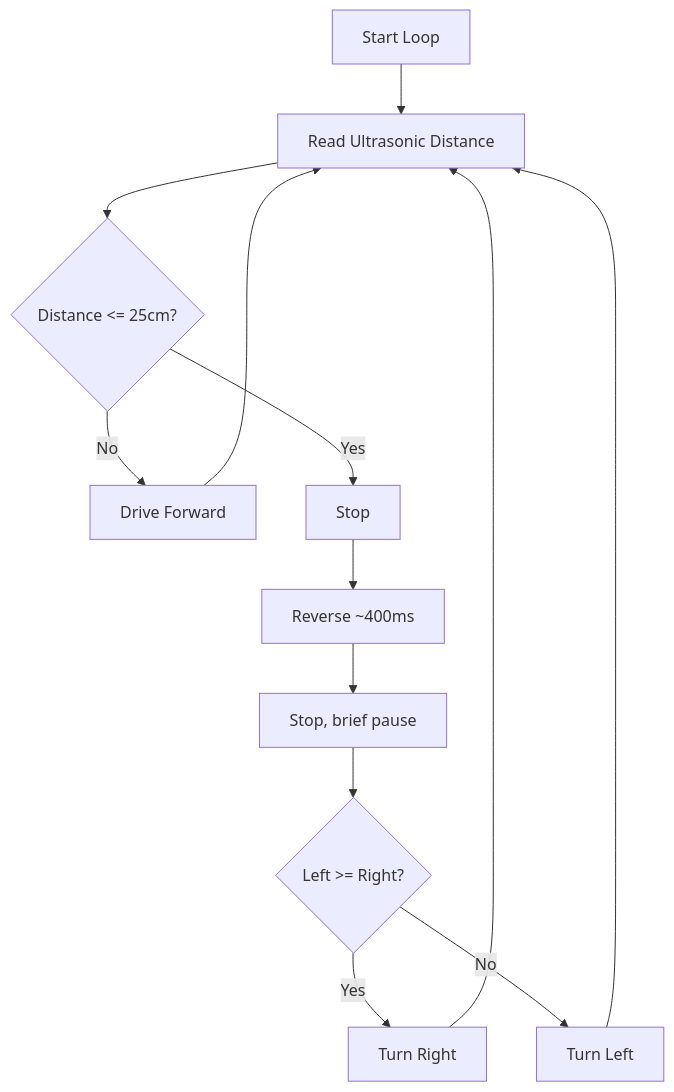
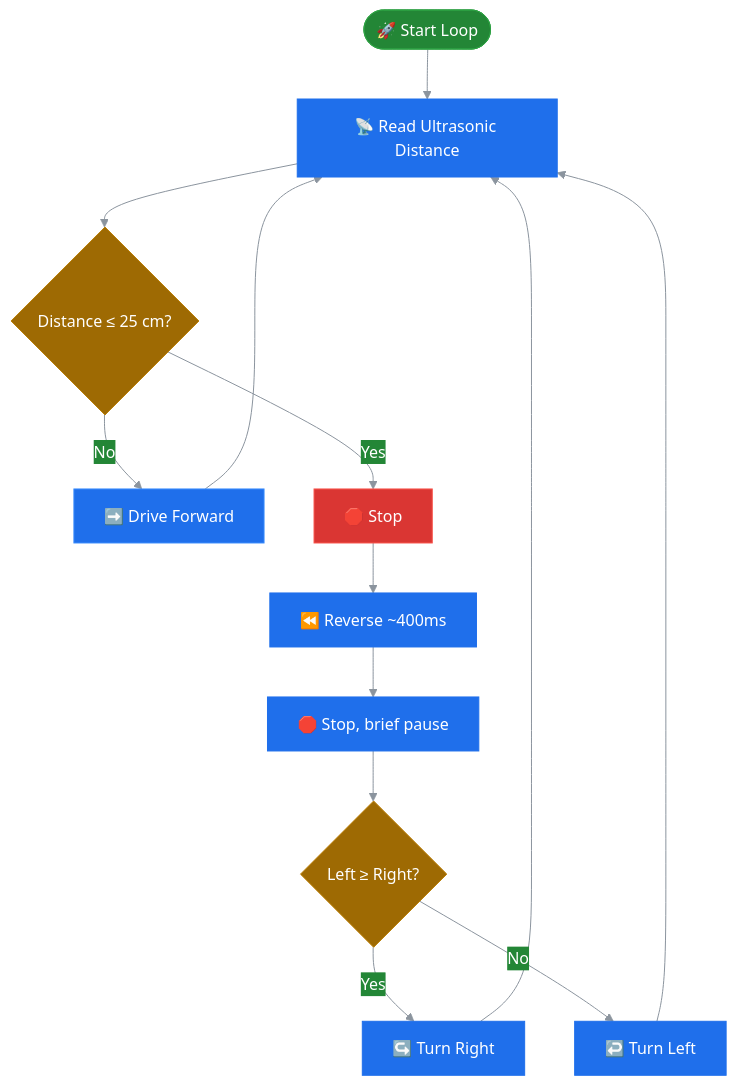
The diagram in README.md (Tushargos77/obstacle-avoiding-robot), drawn with Mermaid before and after one commit. The commit also changed other lines of this file, not shown here.

````diff
--- a/README.md
+++ b/README.md
@@ -78,15 +96,22 @@
 ```mermaid
+%%{init: {'theme':'base', 'themeVariables': {'primaryColor':'#1f6feb','primaryTextColor':'#fff','primaryBorderColor':'#1f6feb','lineColor':'#8b949e','secondaryColor':'#238636','tertiaryColor':'#21262d'}}}%%
 flowchart TD
-    A[Start Loop] --> B[Read Ultrasonic Distance]
-    B --> C{Distance <= 25cm?}
-    C -->|No| D[Drive Forward]
+    A(["🚀 Start Loop"]) --> B["📡 Read Ultrasonic Distance"]
+    B --> C{"Distance ≤ 25 cm?"}
+    C -->|No| D["➡️ Drive Forward"]
     D --> B
-    C -->|Yes| E[Stop]
-    E --> F[Reverse ~400ms]
-    F --> G[Stop, brief pause]
-    G --> H{Left >= Right?}
-    H -->|Yes| I[Turn Right]
-    H -->|No| J[Turn Left]
+    C -->|Yes| E["🛑 Stop"]
+    E --> F["⏪ Reverse ~400ms"]
+    F --> G["🛑 Stop, brief pause"]
+    G --> H{"Left ≥ Right?"}
+    H -->|Yes| I["↪️ Turn Right"]
+    H -->|No| J["↩️ Turn Left"]
     I --> B
     J --> B
+
+    style A fill:#238636,stroke:#2ea043,color:#fff
+    style C fill:#9e6a03,stroke:#bb8009,color:#fff
+    style H fill:#9e6a03,stroke:#bb8009,color:#fff
+    style E fill:#da3633,stroke:#f85149,color:#fff
+    style D fill:#1f6feb,stroke:#388bfd,color:#fff
 ```
````
